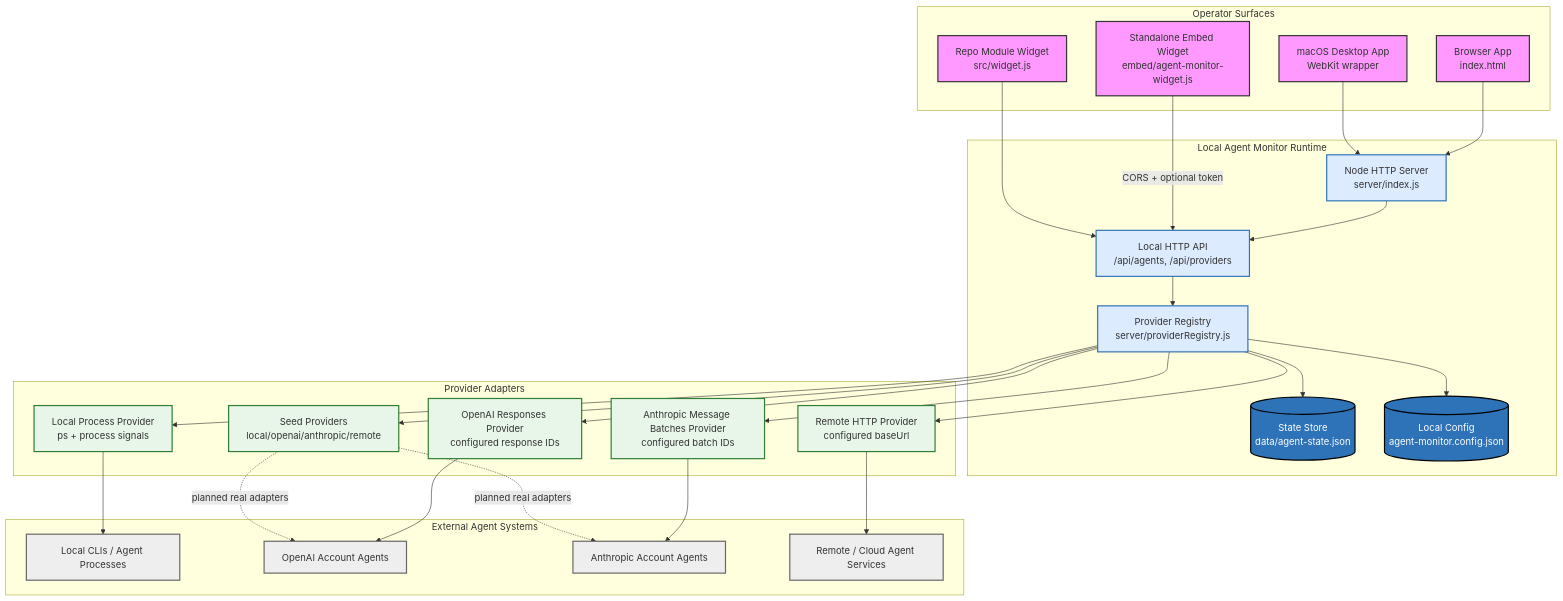
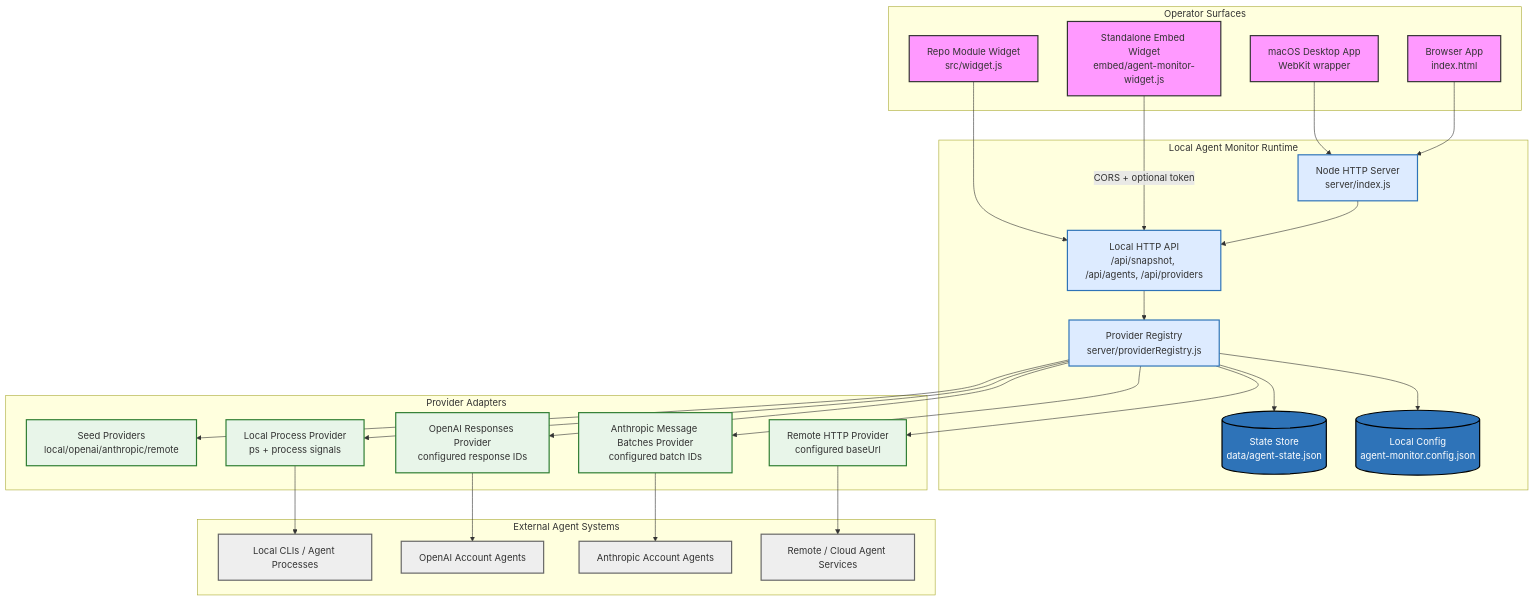
The first of 3 diagrams in project_design.md (NTitterton/agent-monitor), drawn with Mermaid before and after one commit. The commit also changed other lines of this file, not shown here.

````diff
--- a/project_design.md
+++ b/project_design.md
@@ -7,63 +7,61 @@
 ```mermaid
 graph TD
     subgraph "Operator Surfaces"
         Desktop["macOS Desktop App<br/>WebKit wrapper"]
         Browser["Browser App<br/>index.html"]
         ModuleWidget["Repo Module Widget<br/>src/widget.js"]
         StandaloneWidget["Standalone Embed Widget<br/>embed/agent-monitor-widget.js"]
     end
 
     subgraph "Local Agent Monitor Runtime"
         StaticServer["Node HTTP Server<br/>server/index.js"]
-        API["Local HTTP API<br/>/api/agents, /api/providers"]
+        API["Local HTTP API<br/>/api/snapshot, /api/agents, /api/providers"]
         Registry["Provider Registry<br/>server/providerRegistry.js"]
         StateStore[("State Store<br/>data/agent-state.json")]
         Config[("Local Config<br/>agent-monitor.config.json")]
     end
 
     subgraph "Provider Adapters"
         SeedProviders["Seed Providers<br/>local/openai/anthropic/remote"]
         LocalProcess["Local Process Provider<br/>ps + process signals"]
         RemoteHTTP["Remote HTTP Provider<br/>configured baseUrl"]
         OpenAIResponses["OpenAI Responses Provider<br/>configured response IDs"]
         AnthropicBatches["Anthropic Message Batches Provider<br/>configured batch IDs"]
     end
 
     subgraph "External Agent Systems"
         LocalAgents["Local CLIs / Agent Processes"]
         OpenAI["OpenAI Account Agents"]
         Anthropic["Anthropic Account Agents"]
         CloudAgents["Remote / Cloud Agent Services"]
     end
 
     Desktop --> StaticServer
     Browser --> StaticServer
     ModuleWidget --> API
     StandaloneWidget -- "CORS + optional token" --> API
     StaticServer --> API
     API --> Registry
     Registry --> StateStore
     Registry --> Config
     Registry --> SeedProviders
     Registry --> LocalProcess
     Registry --> RemoteHTTP
     Registry --> OpenAIResponses
     Registry --> AnthropicBatches
     LocalProcess --> LocalAgents
-    SeedProviders -. planned real adapters .-> OpenAI
-    SeedProviders -. planned real adapters .-> Anthropic
     RemoteHTTP --> CloudAgents
     OpenAIResponses --> OpenAI
     AnthropicBatches --> Anthropic
 
     classDef surface fill:#f9f,stroke:#333,stroke-width:2px;
     classDef runtime fill:#DDEBFF,stroke:#2E73B8,stroke-width:2px;
     classDef store fill:#2E73B8,stroke:#000,stroke-width:2px,color:#fff;
     classDef provider fill:#E8F5E9,stroke:#2E7D32,stroke-width:2px;
     classDef external fill:#EEE,stroke:#666,stroke-width:2px;
     class Desktop,Browser,ModuleWidget,StandaloneWidget surface;
     class StaticServer,API,Registry runtime;
     class StateStore,Config store;
     class SeedProviders,LocalProcess,RemoteHTTP,OpenAIResponses,AnthropicBatches provider;
     class LocalAgents,OpenAI,Anthropic,CloudAgents external;
 ```
````
